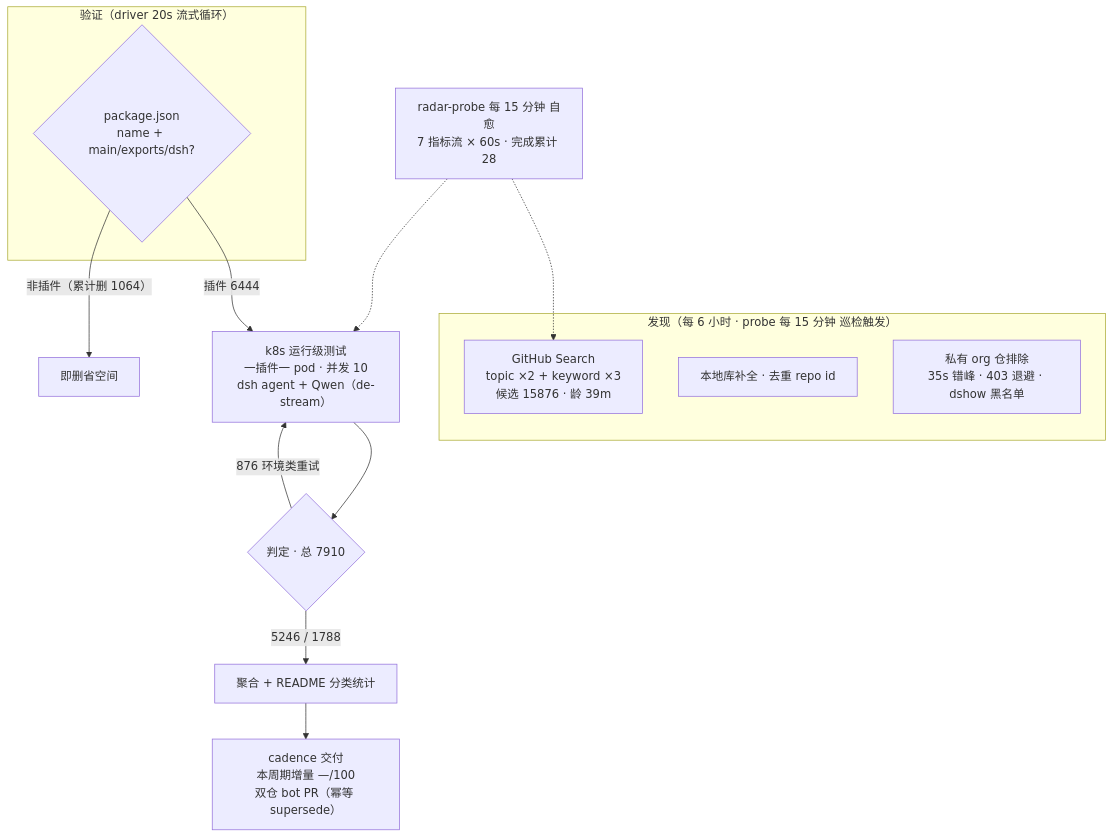
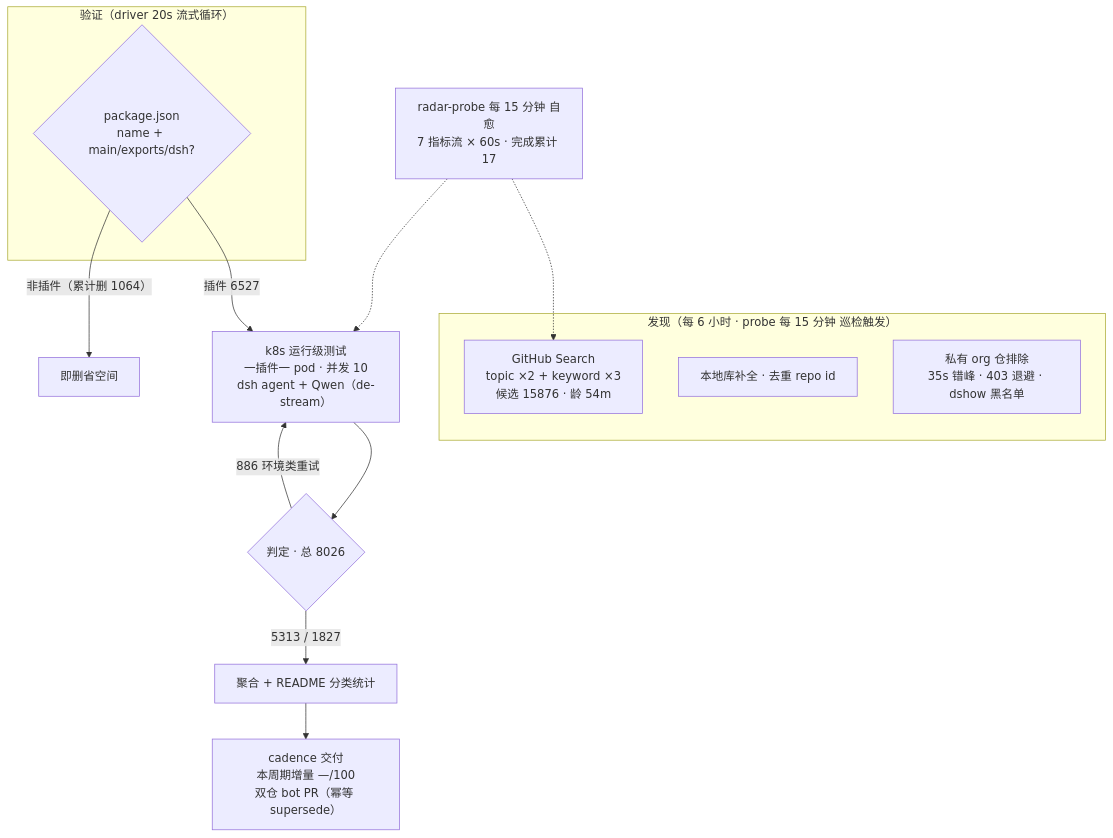
The diagram in README.md (Zhidao-Lab-OSS/awesome-dsh-plugins), drawn with Mermaid before and after one commit. The commit also changed other lines of this file and 1 other file, not shown here.

````diff
--- a/README.md
+++ b/README.md
@@ -37,20 +37,20 @@
 ```mermaid
 flowchart TB
     subgraph Discovery["发现（每 6 小时 · probe 每 15 分钟 巡检触发）"]
-        A1["GitHub Search<br/>topic ×2 + keyword ×3<br/>候选 15876 · 龄 39m"]
+        A1["GitHub Search<br/>topic ×2 + keyword ×3<br/>候选 15876 · 龄 54m"]
         A2["本地库补全 · 去重 repo id"]
         A3["私有 org 仓排除<br/>35s 错峰 · 403 退避 · dshow 黑名单"]
     end
     subgraph Validation["验证（driver 20s 流式循环）"]
         B1{"package.json<br/>name + main/exports/dsh?"}
     end
-    B1 -->|"插件 6444"| C1["k8s 运行级测试<br/>一插件一 pod · 并发 10<br/>dsh agent + Qwen（de-stream）"]
+    B1 -->|"插件 6527"| C1["k8s 运行级测试<br/>一插件一 pod · 并发 10<br/>dsh agent + Qwen（de-stream）"]
     B1 -->|"非插件（累计删 1064）"| B3["即删省空间"]
-    C1 --> D1{"判定 · 总 7910"}
-    D1 -->|"5246 / 1788"| E1["聚合 + README 分类统计"]
-    D1 -->|"876 环境类重试"| C1
+    C1 --> D1{"判定 · 总 8026"}
+    D1 -->|"5313 / 1827"| E1["聚合 + README 分类统计"]
+    D1 -->|"886 环境类重试"| C1
     E1 --> E2["cadence 交付<br/>本周期增量 —/100<br/>双仓 bot PR（幂等 supersede）"]
-    M["radar-probe 每 15 分钟 自愈<br/>7 指标流 × 60s · 完成累计 28"]
+    M["radar-probe 每 15 分钟 自愈<br/>7 指标流 × 60s · 完成累计 17"]
     M -.-> A1
     M -.-> C1
 ```
````
